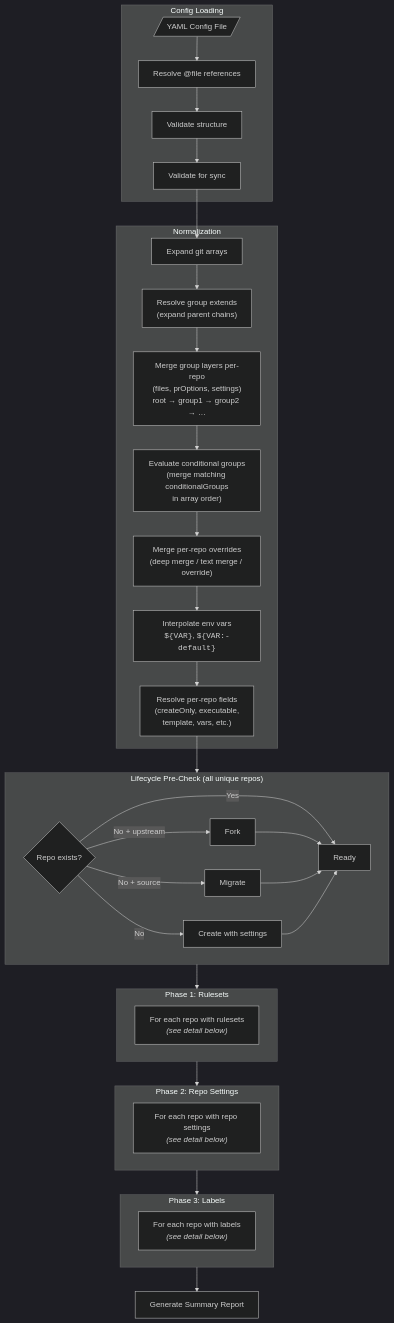
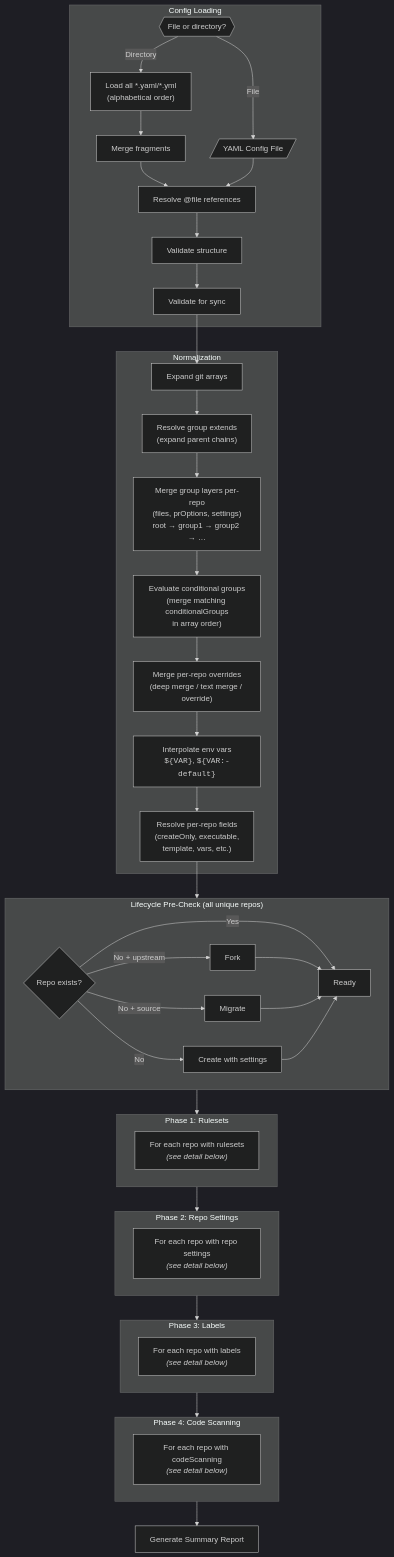
Before and after one commit to anthony-spruyt/xfg: the third of 7 diagrams in docs/index.md, drawn with Mermaid (dark theme). The commit also changed other lines of this file, not shown here.

First line of the commit message:
docs: update mermaid diagrams for code scanning and multi-file config (#677)

````diff
--- a/docs/index.md
+++ b/docs/index.md
@@ -307,45 +311,54 @@
 ```mermaid
 flowchart TB
     subgraph Loading["Config Loading"]
-        YAML[/"YAML Config File"/] --> REFS["Resolve @file references"]
+        INPUT{{"File or directory?"}} -->|File| YAML[/"YAML Config File"/]
+        INPUT -->|Directory| DIR["Load all *.yaml/*.yml<br/>(alphabetical order)"]
+        DIR --> MERGE_CFG["Merge fragments"]
+        MERGE_CFG --> REFS["Resolve @file references"]
+        YAML --> REFS
         REFS --> VALIDATE["Validate structure"]
         VALIDATE --> VALIDATE_CMD["Validate for sync"]
     end
 
     subgraph Normalization
         EXPAND["Expand git arrays"] --> EXTENDS_S["Resolve group extends<br/>(expand parent chains)"]
         EXTENDS_S --> GROUPS_S["Merge group layers per-repo<br/>(files, prOptions, settings)<br/>root → group1 → group2 → …"]
         GROUPS_S --> COND_S["Evaluate conditional groups<br/>(merge matching conditionalGroups<br/>in array order)"]
         COND_S --> MERGE_S["Merge per-repo overrides<br/>(deep merge / text merge / override)"]
         MERGE_S --> ENV_S["Interpolate env vars<br/><code>${VAR}</code>, <code>${VAR:-default}</code>"]
         ENV_S --> OPTS_S["Resolve per-repo fields<br/>(createOnly, executable,<br/>template, vars, etc.)"]
     end
 
     subgraph Lifecycle["Lifecycle Pre-Check (all unique repos)"]
         EXIST{"Repo exists?"} -->|Yes| READY["Ready"]
         EXIST -->|"No + upstream"| FORK["Fork"] --> READY
         EXIST -->|"No + source"| MIGRATE["Migrate"] --> READY
         EXIST -->|No| CREATE["Create with settings"] --> READY
     end
 
     subgraph Phase1["Phase 1: Rulesets"]
         RS["For each repo with rulesets<br/><i>(see detail below)</i>"]
     end
 
     subgraph Phase2["Phase 2: Repo Settings"]
         REPO["For each repo with repo settings<br/><i>(see detail below)</i>"]
     end
 
     subgraph Phase3["Phase 3: Labels"]
         LBL["For each repo with labels<br/><i>(see detail below)</i>"]
     end
 
+    subgraph Phase4["Phase 4: Code Scanning"]
+        CS["For each repo with codeScanning<br/><i>(see detail below)</i>"]
+    end
+
     REPORT["Generate Summary Report"]
 
     VALIDATE_CMD --> EXPAND
     OPTS_S --> Lifecycle
     Lifecycle --> Phase1
     Phase1 --> Phase2
     Phase2 --> Phase3
-    Phase3 --> REPORT
+    Phase3 --> Phase4
+    Phase4 --> REPORT
 ```
````
